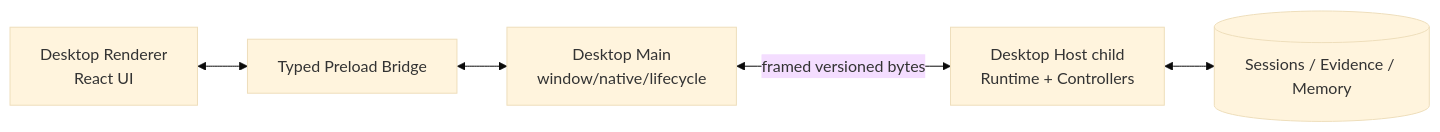
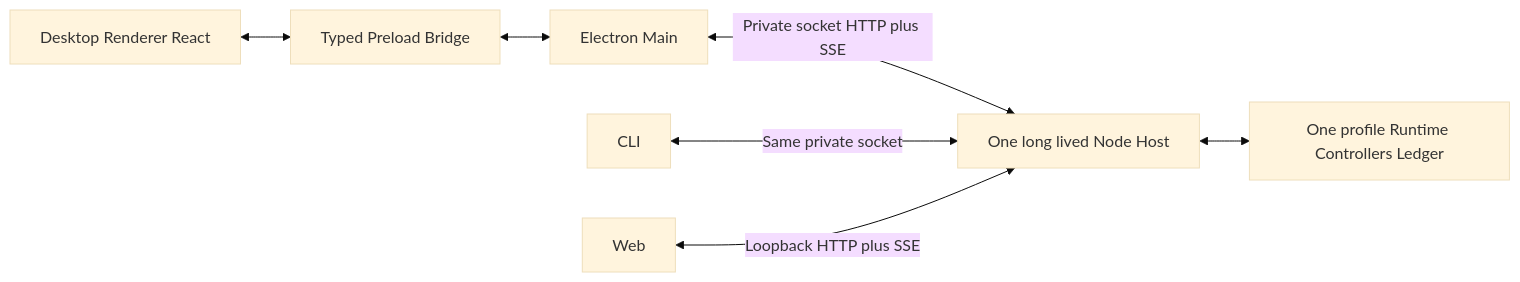
The second of 2 diagrams in docs/outlive-agent-v2/06-clients-protocols-desktop/README.md (Cainheart/tracegraph-agent), drawn with Mermaid (base theme) before and after one commit. The commit also changed other lines of this file and 2343 other files, not shown here.

First line of the commit message:
feat(workbench): 抽出共享 Workbench UI 并交付 Desktop 宿主与 Host API 分面

````diff
--- a/docs/outlive-agent-v2/06-clients-protocols-desktop/README.md
+++ b/docs/outlive-agent-v2/06-clients-protocols-desktop/README.md
@@ -156,13 +158,9 @@
 ```mermaid
 flowchart LR
-  Renderer[Desktop Renderer<br/>React UI]
-  Preload[Typed Preload Bridge]
-  Main[Desktop Main<br/>window/native/lifecycle]
-  Host[Desktop Host child<br/>Runtime + Controllers]
-  Data[(Sessions / Evidence / Memory)]
-
-  Renderer <--> Preload
-  Preload <--> Main
-  Main <-->|framed versioned bytes| Host
-  Host <--> Data
+  R[Desktop Renderer React] <--> P[Typed Preload Bridge]
+  P <--> M[Electron Main]
+  M <-->|Private socket HTTP plus SSE| H[One long lived Node Host]
+  C[CLI] <-->|Same private socket| H
+  W[Web] <-->|Loopback HTTP plus SSE| H
+  H <--> D[One profile Runtime Controllers Ledger]
 ```
````
